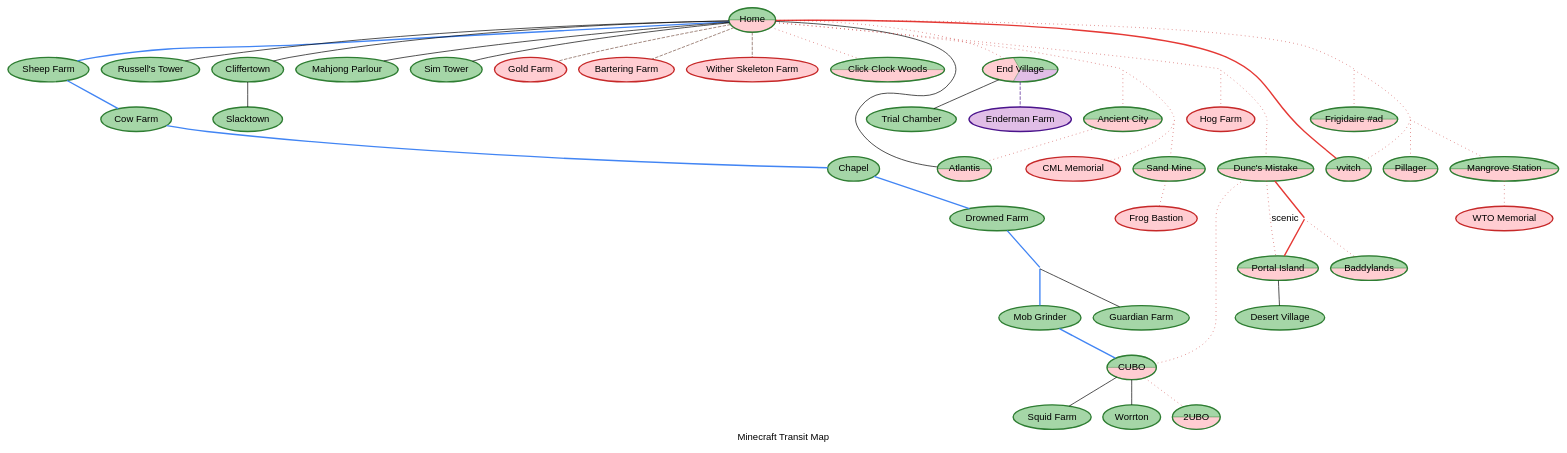
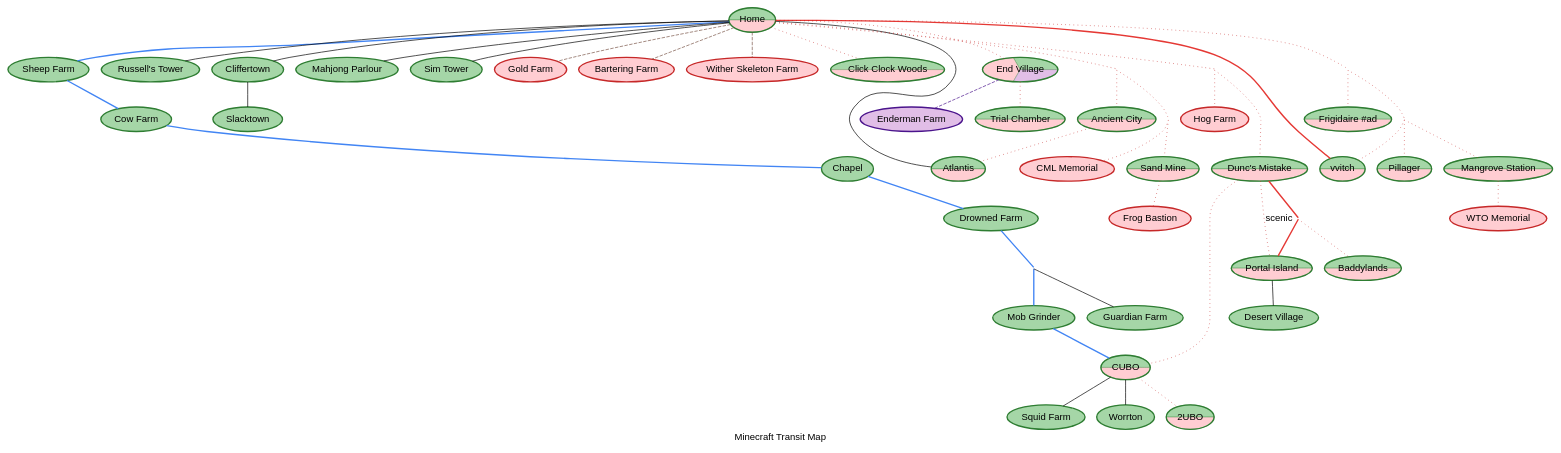
Before and after one commit to eatnumber1/minecraft-transit-map: the diagram in map.gv, drawn with Graphviz.

Commit message:
Mark the trial chamber as reached through the nether

```diff
--- a/map.gv
+++ b/map.gv
@@ -1,153 +1,153 @@
 digraph MinecraftRailMap {
     // Set global graph, node, and edge attributes for a consistent look
     graph [
         mode="KK",
         bb="0,0,20,40",
         overlap="prism",
         bgcolor="white",
         fontname="Helvetica,Arial,sans-serif",
         label="Minecraft Transit Map",
         fontcolor="black",
     ];
     node [
         fontname="Helvetica,Arial,sans-serif",
         style=filled,
         fontcolor="black",
         penwidth=2
     ];
     edge [
         fontname="Helvetica,Arial,sans-serif",
         color="black"
     ];
 
     // == OVERWORLD NODES ==
     // Nodes are colored in shades of green to represent the Overworld.
     node [color="#2E7D32", fillcolor="#A5D6A7"];
     Chapel [label="Chapel"];
     Cow_Farm [label="Cow Farm"];
     Sheep_Farm [label="Sheep Farm"];
     Drowned_Farm [label="Drowned Farm"];
     Mob_Grinder [label="Mob Grinder"];
     Guardian_Farm [label="Guardian Farm"];
     Russells_Tower [label="Russell's Tower"];
     Cliffertown [label="Cliffertown"];
     Mahjong_Parlour [label="Mahjong Parlour"];
     Desert_Village [label="Desert Village"];
-    Trial_Chamber [label="Trial Chamber"];
     Slacktown [label="Slacktown"];
     Sim_Tower [label="Sim Tower"];
     Squid_Farm [label="Squid Farm"];
     Worrton [label="Worrton"];
 
     // == NETHER NODES ==
     node [color="#C62828", fillcolor="#FFCDD2"];
     Gold_Farm [label="Gold Farm"];
     Bartering_Farm [label="Bartering Farm"];
     Wither_Skeleton_Farm [label="Wither Skeleton Farm"];
     Hog_Farm [label="Hog Farm"];
     CML_Memorial [label="CML Memorial"];
     Frog [label="Frog Bastion"];
     WTO_Memorial [label="WTO Memorial"];
 
     // == THE END NODES ==
     node [color="#4A148C", fillcolor="#E1BEE7"];
     Enderman_Farm [label="Enderman Farm"];
 
     // == DUAL-DIMENSION NODES ==
     node [style=wedged, penwidth=2, shape=ellipse];
     Home [label="Home", color="#2E7D32", fillcolor="#A5D6A7:#FFCDD2"];
     Baddylands [label="Baddylands", color="#2E7D32", fillcolor="#A5D6A7:#FFCDD2"];
     Portal_Island [label="Portal Island", color="#2E7D32", fillcolor="#A5D6A7:#FFCDD2"];
     _2UBO [label="2UBO", color="#2E7D32", fillcolor="#A5D6A7:#FFCDD2"];
     Pale_Oak_Forest [label="Click Clock Woods", color="#2E7D32", fillcolor="#A5D6A7:#FFCDD2"];
     Atlantis [label="Atlantis", color="#2E7D32", fillcolor="#A5D6A7:#FFCDD2"];
     CUBO [label="CUBO", color="#2E7D32", fillcolor="#A5D6A7:#FFCDD2"];
     Sand_Mine [label="Sand Mine", color="#2E7D32", fillcolor="#A5D6A7:#FFCDD2"];
     Ancient_City [label="Ancient City", color="#2E7D32", fillcolor="#A5D6A7:#FFCDD2"];
     Duncs_Mistake [label="Dunc's Mistake", color="#2E7D32", fillcolor="#A5D6A7:#FFCDD2"];
     Frigidaire_ad [label="Frigidaire #ad", color="#2E7D32", fillcolor="#A5D6A7:#FFCDD2"];
     Pillager [label="Pillager", color="#2E7D32", fillcolor="#A5D6A7:#FFCDD2"];
     Mangrove_Station [label="Mangrove Station", color="#2E7D32", fillcolor="#A5D6A7:#FFCDD2"];
     vvitch [label="vvitch", color="#2E7D32", fillcolor="#A5D6A7:#FFCDD2"];
+    Trial_Chamber [label="Trial Chamber", color="#2E7D32", fillcolor="#A5D6A7:#FFCDD2"];
 
     // == TRI-DIMENSION NODES ==
     End_Village [label="End Village", style=wedged, penwidth=2, shape=ellipse, color="#2E7D32", fillcolor="#A5D6A7:#FFCDD2:#E1BEE7"];
 
     // Invisible junction nodes
     node [style=invis, shape=point, width=0, height=0, label=""];
     Junction1;
     Junction2;
     Junction3;
     Junction4;
     Junction5;
     Junction6;
     Junction7;
     Junction8;
 
     // == EDGES / RAIL CONNECTIONS ==
     // Main railroad line
     edge [dir=none, style=bold, color="#4285F4"];
     Home -> Sheep_Farm;
     Sheep_Farm -> Cow_Farm;
     Cow_Farm -> Chapel;
     Chapel -> Drowned_Farm;
     Drowned_Farm -> Junction1;
     Junction1 -> Mob_Grinder;
     Mob_Grinder -> CUBO;
 
     // Spur lines
     edge [dir=none, style="", color="black"];
     Junction1 -> Guardian_Farm;
     Home -> Russells_Tower;
     Home -> Cliffertown;
     Cliffertown -> Slacktown;
     Home -> Mahjong_Parlour;
     Home -> Sim_Tower;
     Portal_Island -> Desert_Village;
-    End_Village -> Trial_Chamber;
     Home -> Atlantis; // New Overworld route
     CUBO -> Squid_Farm;
     CUBO -> Worrton;
 
     // Nether rail (connects directly to Home)
     edge [dir=none, style=dotted, color="#C62828"];
     Home -> Junction2;
     Junction2 -> Hog_Farm;
     Junction2 -> Junction5;
     Junction5 -> Duncs_Mistake;
     Duncs_Mistake -> Portal_Island [label="scenic"]; // Local line
     Duncs_Mistake -> CUBO;
     CUBO -> _2UBO;
     Home -> End_Village;
     Home -> Pale_Oak_Forest;
     Home -> Junction3;
     Junction3 -> Ancient_City;
     Ancient_City -> Atlantis; // Existing Nether route
     Junction3 -> Junction4;
     Junction4 -> CML_Memorial;
     Junction4 -> Sand_Mine;
     Sand_Mine -> Frog;
     Junction6 -> Baddylands;
     Home -> Junction7;
     Junction7 -> Frigidaire_ad;
     Junction7 -> Junction8;
     Junction8 -> vvitch;
     Junction8 -> Mangrove_Station;
     Mangrove_Station -> WTO_Memorial;
     Junction8 -> Pillager;
+    End_Village -> Trial_Chamber;
 
     // Nether Express Rail
     edge [dir=none, style=bold, color="#E53935"];
     Duncs_Mistake -> Junction6 -> Portal_Island; // Express line
     Home -> vvitch;
 
     // End rail (connects directly to End Village)
     edge [dir=none, style=dashed, color="#4A148C"];
     End_Village -> Enderman_Farm;
 
     // Footpath (connects directly to Home)
     edge [dir=none, style=dashed, color="#795548"];
     Home -> Gold_Farm;
     Home -> Bartering_Farm;
     Home -> Wither_Skeleton_Farm;
 }
```
